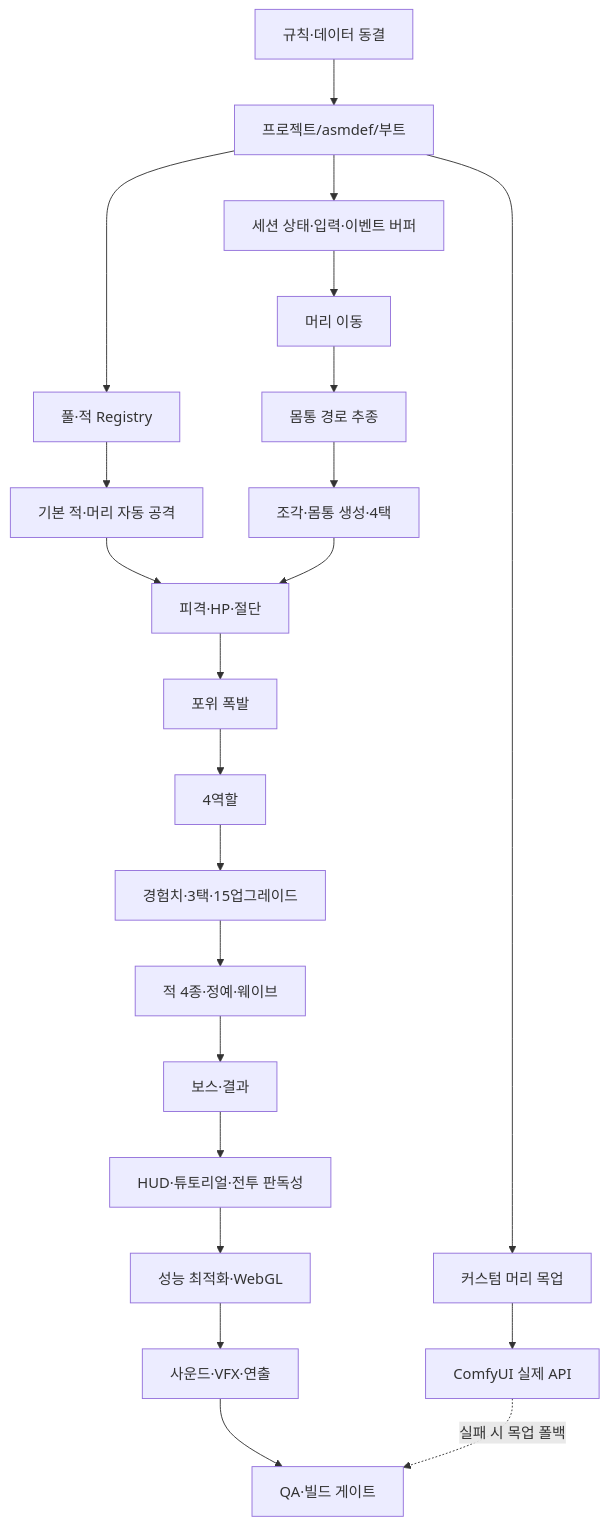
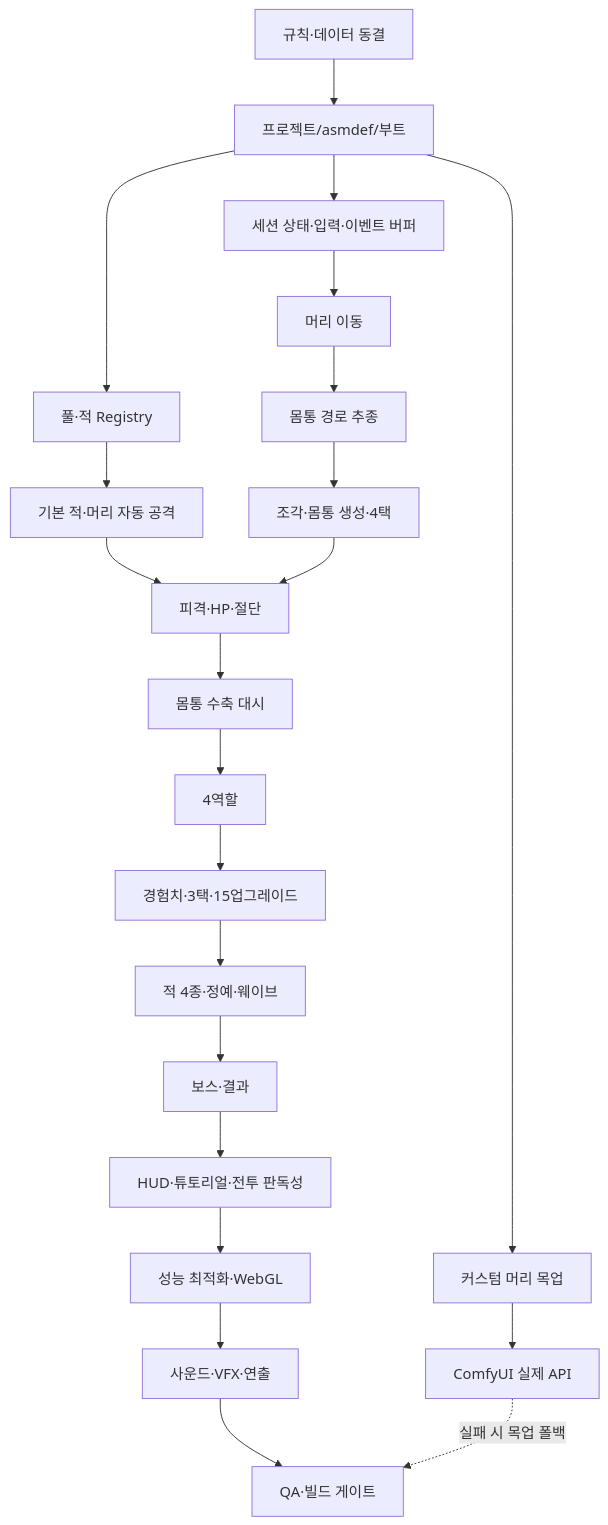
One commit to WackyGameStudio/Ouroboros changed the diagram in docs/OUROBOROS_SWARM_구현순서.md. Above: the diagram before and after it, drawn with Mermaid. The commit also changed other lines of this file and 66 other files, not shown here.

````diff
--- a/docs/OUROBOROS_SWARM_구현순서.md
+++ b/docs/OUROBOROS_SWARM_구현순서.md
@@ -26,24 +26,24 @@
 ```mermaid
 flowchart TD
     A[규칙·데이터 동결] --> B[프로젝트/asmdef/부트]
     B --> C[세션 상태·입력·이벤트 버퍼]
     C --> D[머리 이동]
     D --> E[몸통 경로 추종]
     B --> F[풀·적 Registry]
     F --> G[기본 적·머리 자동 공격]
     E --> H[조각·몸통 생성·4택]
     G --> I[피격·HP·절단]
     H --> I
-    I --> J[포위 폭발]
+    I --> J[몸통 수축 대시]
     J --> K[4역할]
     K --> L[경험치·3택·15업그레이드]
     L --> M[적 4종·정예·웨이브]
     M --> N[보스·결과]
     N --> O[HUD·튜토리얼·전투 판독성]
     O --> P[성능 최적화·WebGL]
     P --> Q[사운드·VFX·연출]
     Q --> T[QA·빌드 게이트]
     B --> R[커스텀 머리 목업]
     R --> S[ComfyUI 실제 API]
     S -.실패 시 목업 폴백.-> T
 ```
````
